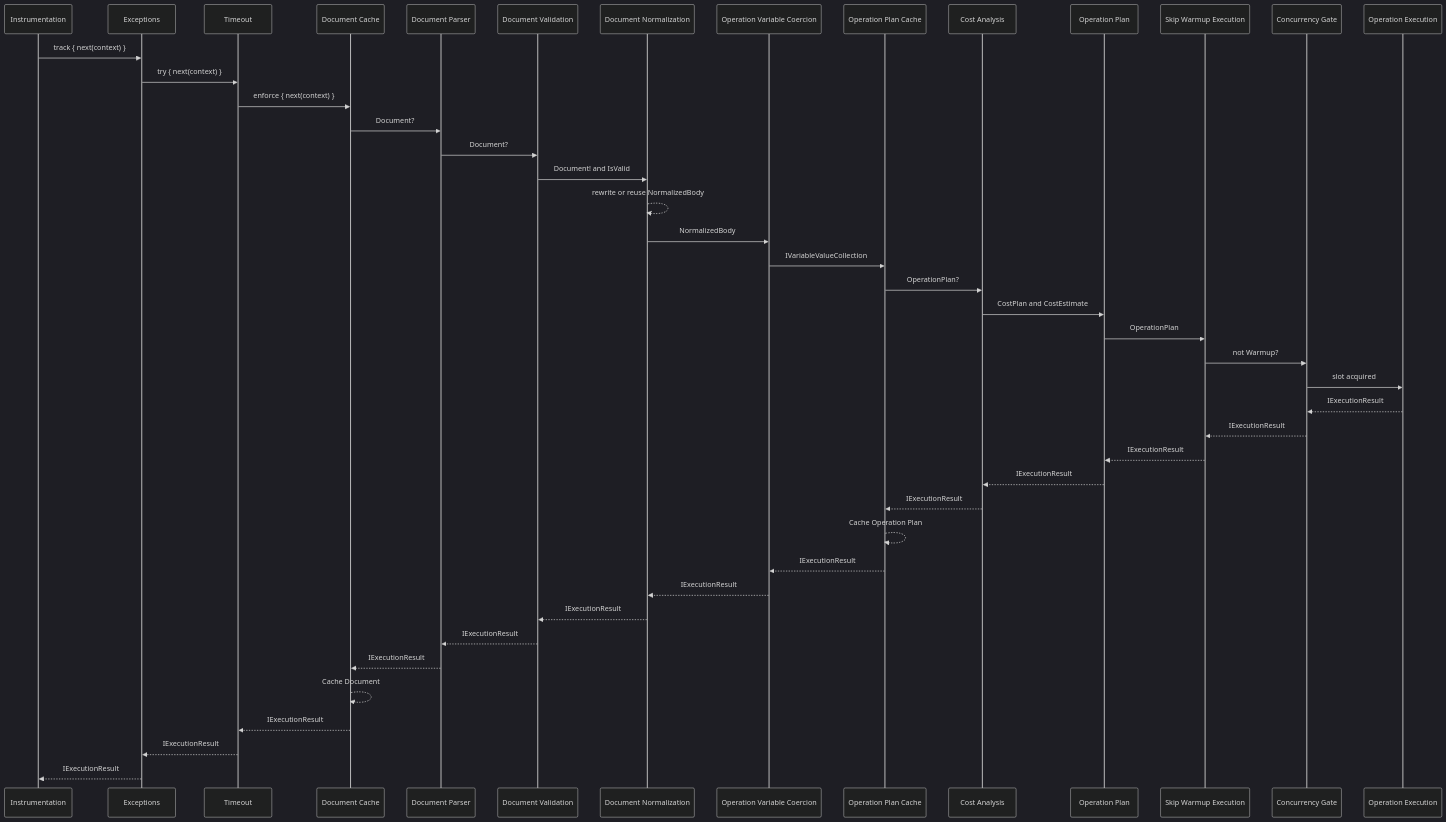
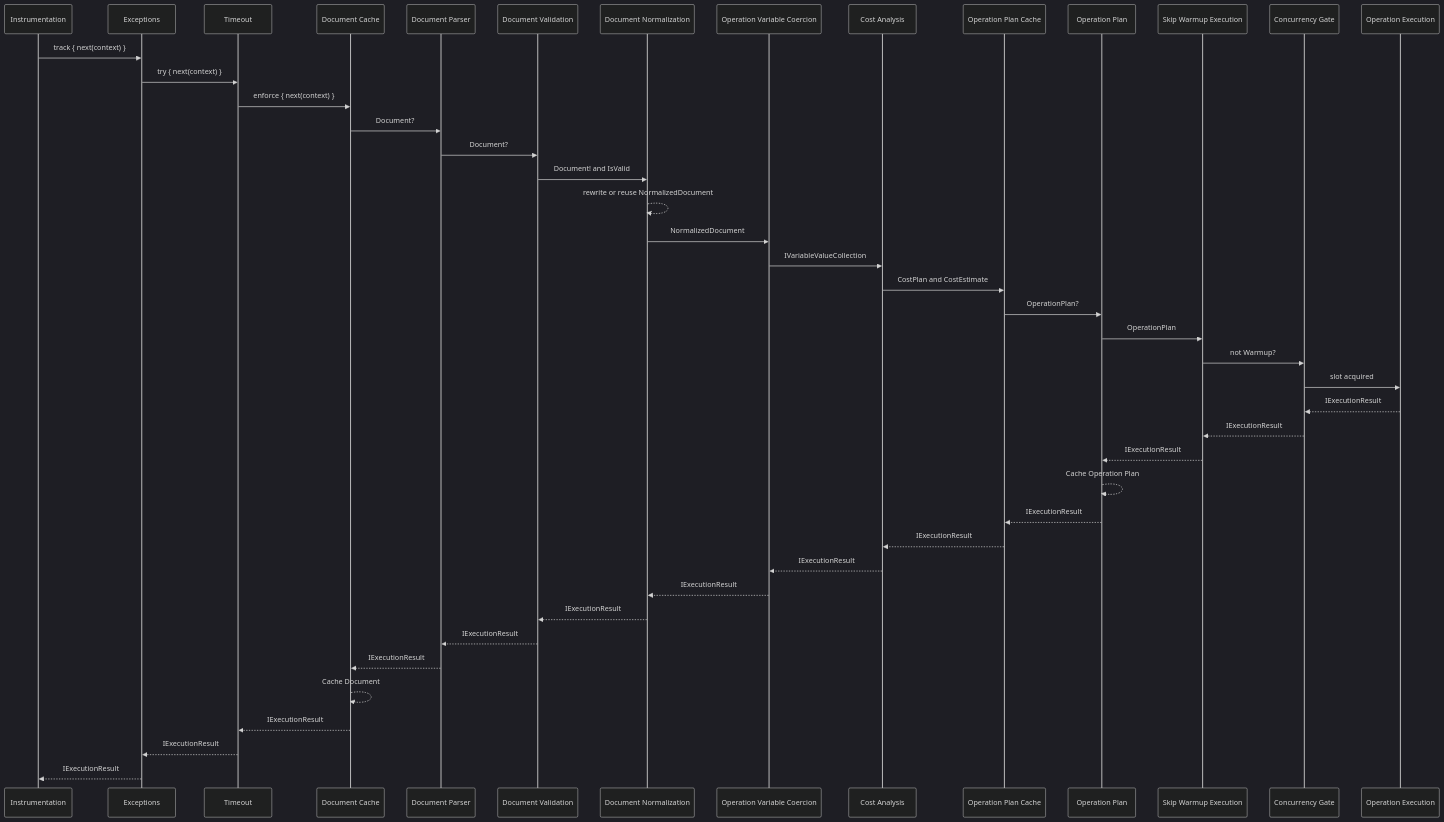
The first of 3 diagrams in src/HotChocolate/Fusion/src/Fusion.Execution/Execution/Pipeline/Pipelines.md (ChilliCream/graphql-platform), drawn with Mermaid (dark theme) before and after one commit. The commit also changed other lines of this file and 10 other files, not shown here.

````diff
--- a/src/HotChocolate/Fusion/src/Fusion.Execution/Execution/Pipeline/Pipelines.md
+++ b/src/HotChocolate/Fusion/src/Fusion.Execution/Execution/Pipeline/Pipelines.md
@@ -12,33 +13,33 @@
 ```mermaid
 sequenceDiagram
     Instrumentation->>Exceptions: track { next(context) }
     Exceptions->>Timeout: try { next(context) }
     Timeout->>Document Cache: enforce { next(context) }
     Document Cache->>Document Parser: Document?
     Document Parser->>Document Validation: Document?
     Document Validation->>Document Normalization: Document! and IsValid
-    Document Normalization-->>Document Normalization: rewrite or reuse NormalizedBody
-    Document Normalization->>Operation Variable Coercion: NormalizedBody
-    Operation Variable Coercion->>Operation Plan Cache: IVariableValueCollection
-    Operation Plan Cache->>Cost Analysis: OperationPlan?
-    Cost Analysis->>Operation Plan: CostPlan and CostEstimate
+    Document Normalization-->>Document Normalization: rewrite or reuse NormalizedDocument
+    Document Normalization->>Operation Variable Coercion: NormalizedDocument
+    Operation Variable Coercion->>Cost Analysis: IVariableValueCollection
+    Cost Analysis->>Operation Plan Cache: CostPlan and CostEstimate
+    Operation Plan Cache->>Operation Plan: OperationPlan?
     Operation Plan->>Skip Warmup Execution: OperationPlan
     Skip Warmup Execution->>Concurrency Gate: not Warmup?
     Concurrency Gate->>Operation Execution: slot acquired
 
     Operation Execution-->>Concurrency Gate: IExecutionResult
     Concurrency Gate-->>Skip Warmup Execution: IExecutionResult
     Skip Warmup Execution-->>Operation Plan: IExecutionResult
-    Operation Plan-->>Cost Analysis: IExecutionResult
-    Cost Analysis-->>Operation Plan Cache: IExecutionResult
-    Operation Plan Cache-->>Operation Plan Cache: Cache Operation Plan
-    Operation Plan Cache-->>Operation Variable Coercion: IExecutionResult
+    Operation Plan-->>Operation Plan: Cache Operation Plan
+    Operation Plan-->>Operation Plan Cache: IExecutionResult
+    Operation Plan Cache-->>Cost Analysis: IExecutionResult
+    Cost Analysis-->>Operation Variable Coercion: IExecutionResult
     Operation Variable Coercion-->>Document Normalization: IExecutionResult
     Document Normalization-->>Document Validation: IExecutionResult
     Document Validation-->>Document Parser: IExecutionResult
     Document Parser-->>Document Cache: IExecutionResult
     Document Cache-->>Document Cache: Cache Document
     Document Cache-->>Timeout: IExecutionResult
     Timeout-->>Exceptions: IExecutionResult
     Exceptions-->>Instrumentation: IExecutionResult
 ```
````
